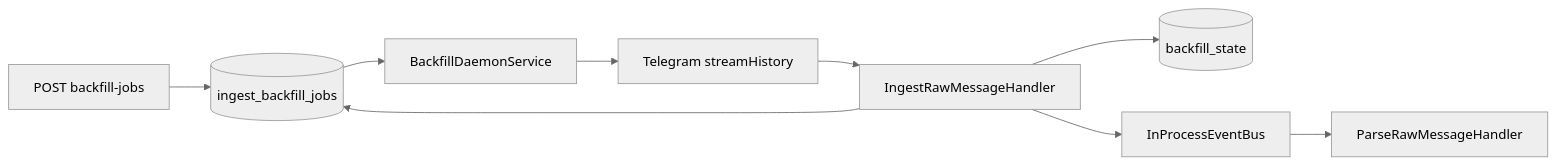
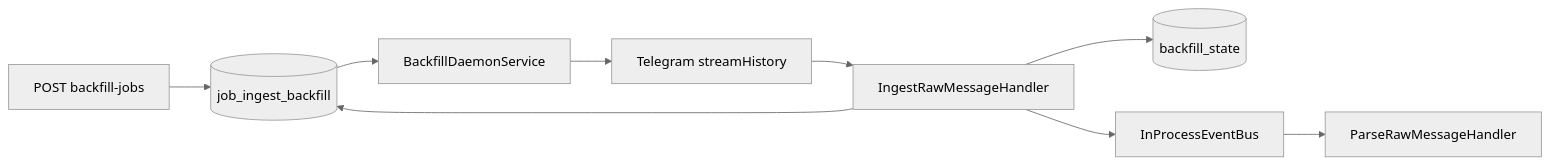
Before and after one commit to exclusiveLogin/radar: the second of 5 diagrams in docs/domain/how-it-works.md, drawn with Mermaid (neutral theme). The commit also changed other lines of this file and 312 other files, not shown here.

````diff
--- a/docs/domain/how-it-works.md
+++ b/docs/domain/how-it-works.md
@@ -87,11 +87,11 @@
 ```mermaid
 flowchart LR
-  API[POST backfill-jobs] --> Jobs[(ingest_backfill_jobs)]
+  API[POST backfill-jobs] --> Jobs[(job_ingest_backfill)]
   Jobs --> Daemon[BackfillDaemonService]
   Daemon --> Stream[Telegram streamHistory]
   Stream --> Ingest[IngestRawMessageHandler]
   Ingest --> Jobs
   Ingest --> Cursor[(backfill_state)]
   Ingest --> Bus[InProcessEventBus]
   Bus --> Parse[ParseRawMessageHandler]
 ```
````
